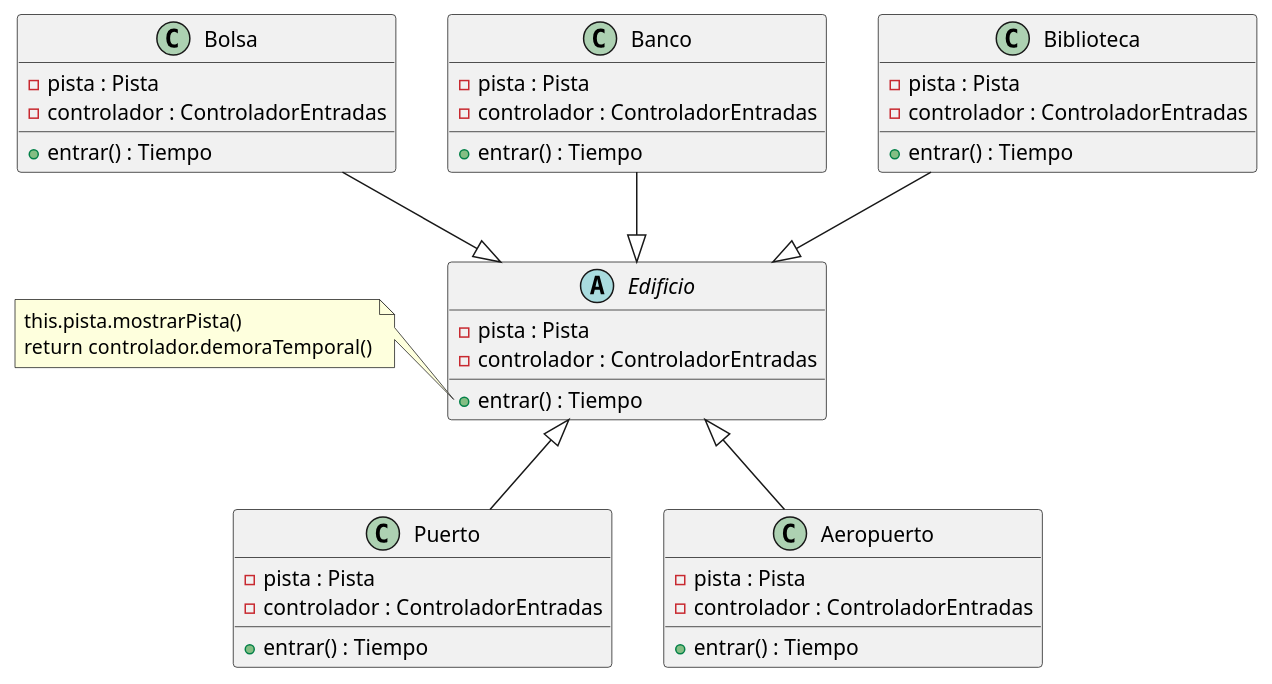
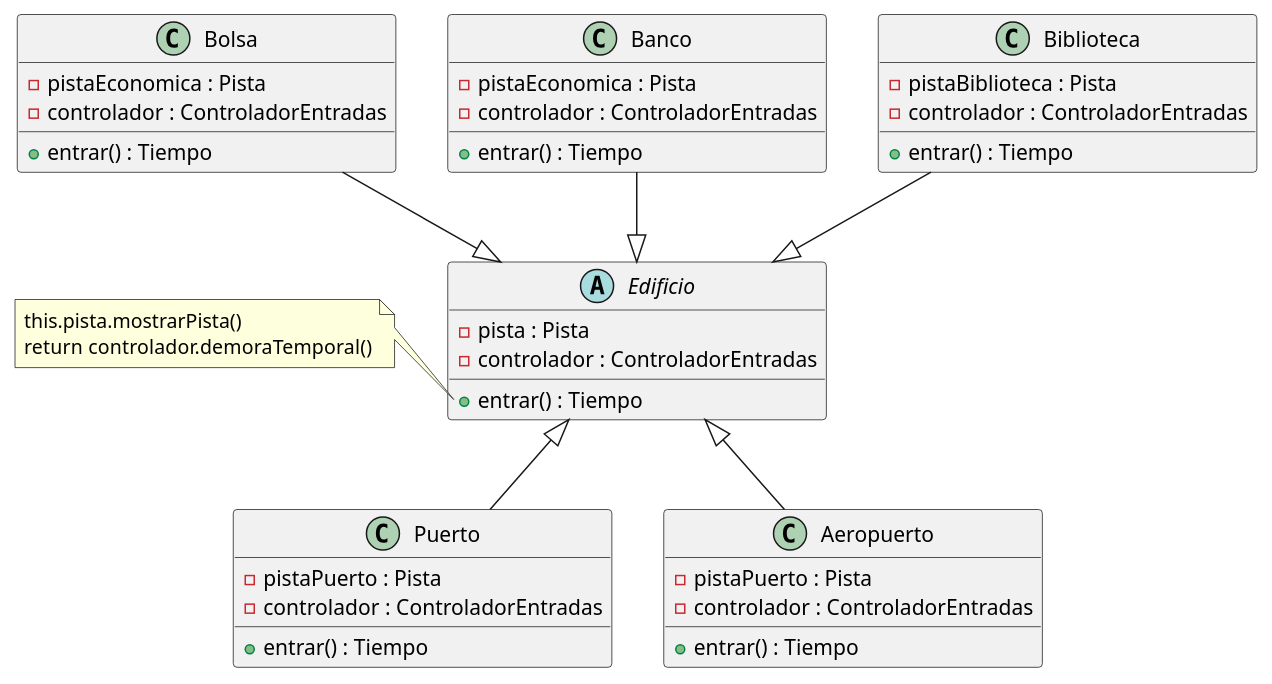
Before and after one commit to Nicolas-Bravo/algo3_tp2: the diagram in diagrams/classes/EdificioTipos.plantuml, drawn with PlantUML. The commit also changed 16 other files, not shown here.

```diff
--- a/diagrams/classes/EdificioTipos.plantuml
+++ b/diagrams/classes/EdificioTipos.plantuml
@@ -1,50 +1,50 @@
 @startuml
 
 abstract Edificio{
     - pista : Pista
     - controlador : ControladorEntradas
     + entrar() : Tiempo
 }
 
 class Bolsa{
-    - pista : Pista
+    - pistaEconomica : Pista
     - controlador : ControladorEntradas
     + entrar() : Tiempo
 }
 
 class Banco{
-    - pista : Pista
+    - pistaEconomica : Pista
     - controlador : ControladorEntradas
     + entrar() : Tiempo
 }
 
 class Biblioteca{
-    - pista : Pista
+    - pistaBiblioteca : Pista
     - controlador : ControladorEntradas
     + entrar() : Tiempo
 }
 
 class Puerto{
-    - pista : Pista
+    - pistaPuerto : Pista
     - controlador : ControladorEntradas
     + entrar() : Tiempo
 }
 
 class Aeropuerto{
-    - pista : Pista
+    - pistaPuerto : Pista
     - controlador : ControladorEntradas
     + entrar() : Tiempo
 }
 
 note left of Edificio::entrar
     this.pista.mostrarPista()
     return controlador.demoraTemporal()
 end note
 
 Bolsa --|> Edificio
 Banco --|> Edificio
 Biblioteca  --|> Edificio
 Edificio <|-- Puerto
 Edificio <|-- Aeropuerto
 
 @enduml
```
